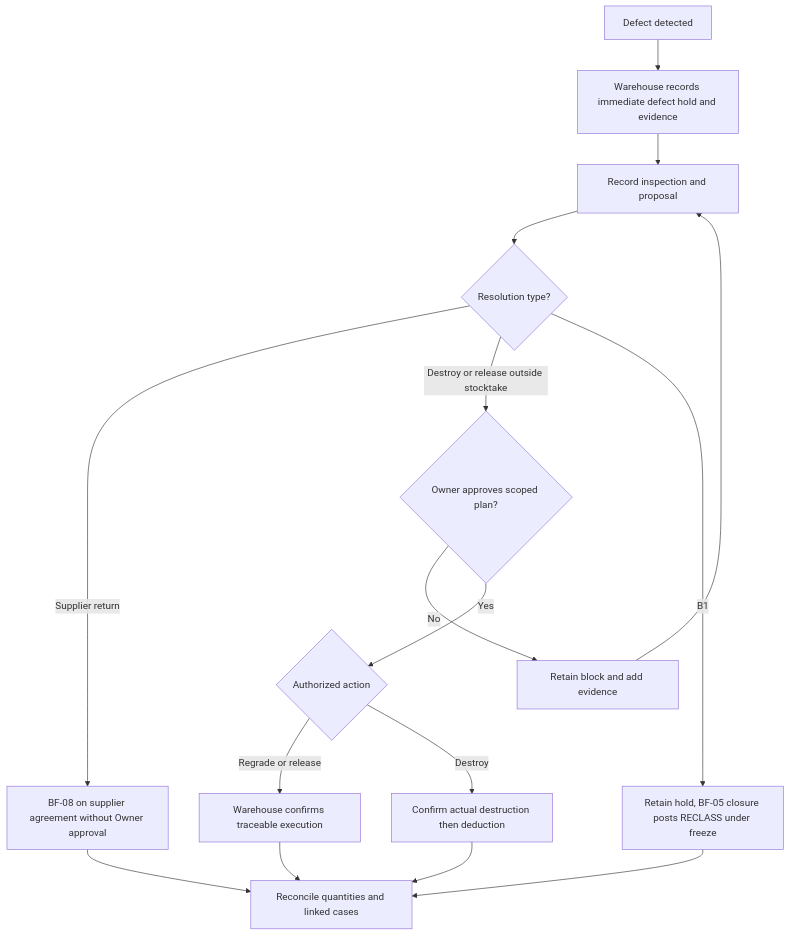
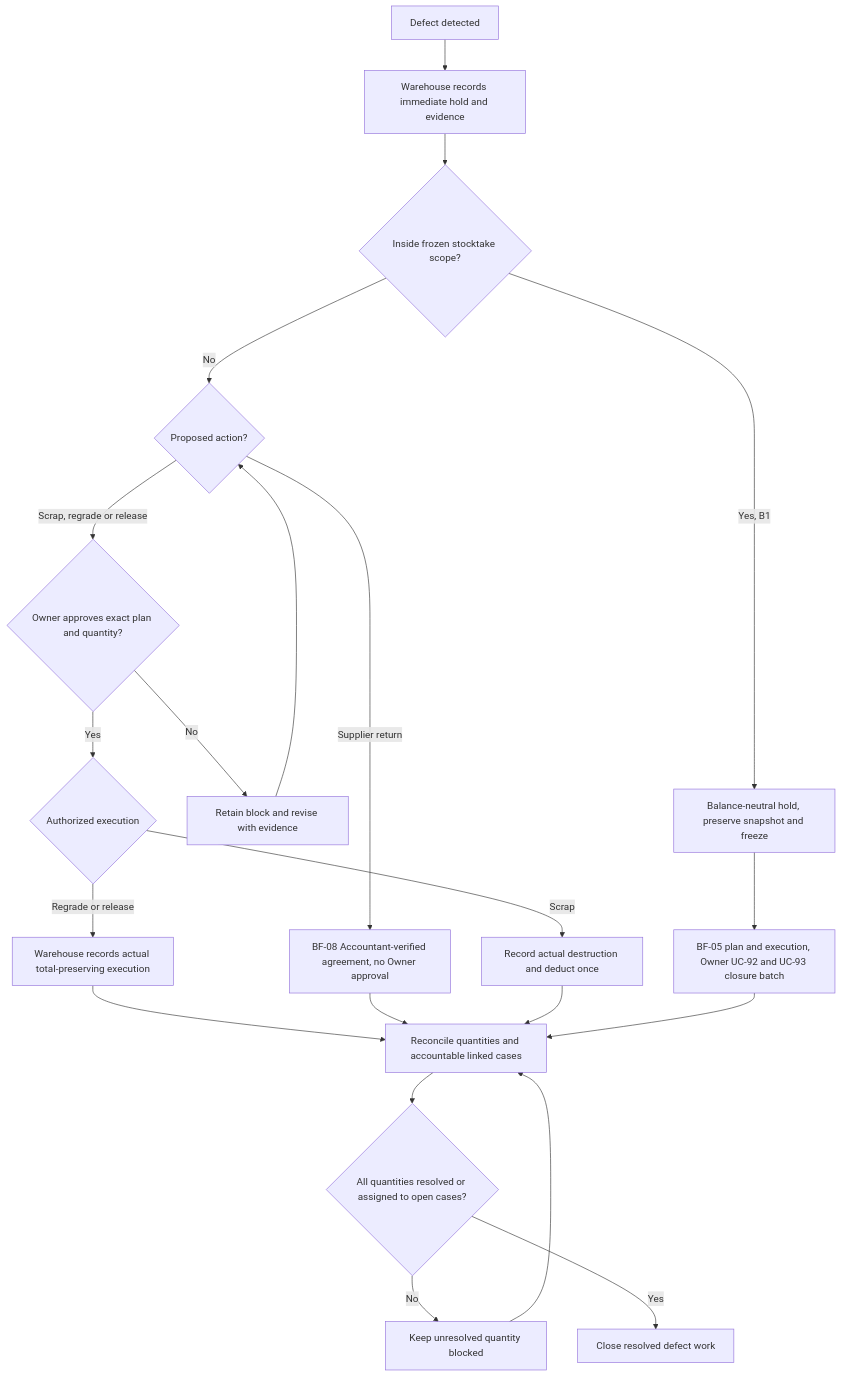
The third of 9 diagrams in docs/02_nghiep_vu/de_xuat_quy_trinh_2_EN.md (minhbach032003/docs_doan), drawn with Mermaid before and after one commit. The commit also changed other lines of this file and 25 other files, not shown here.

````diff
--- a/docs/02_nghiep_vu/de_xuat_quy_trinh_2_EN.md
+++ b/docs/02_nghiep_vu/de_xuat_quy_trinh_2_EN.md
@@ -689,18 +697,24 @@
 ```mermaid
+%% WMSD business baseline 3.1.0 - synchronized 2026-10-25
 flowchart TD
- A[Defect detected] --> B[Warehouse records immediate defect hold and evidence]
- B --> C[Record inspection and proposal]
- C --> X{Resolution type?}
- X -->|Supplier return| H[BF-08 on supplier agreement without Owner approval]
- X -->|Destroy or release outside stocktake| D{Owner approves scoped plan?}
- D -->|No| E[Retain block and add evidence]
- E --> C
- D -->|Yes| F{Authorized action}
- F -->|Regrade or release| G[Warehouse confirms traceable execution]
- F -->|Destroy| I[Confirm actual destruction then deduction]
- X -->|B1| K[Retain hold, BF-05 closure posts RECLASS under freeze]
- G --> J[Reconcile quantities and linked cases]
+ A[Defect detected] --> B[Warehouse records immediate hold and evidence]
+ B --> C{Inside frozen stocktake scope?}
+ C -->|Yes, B1| K[Balance-neutral hold, preserve snapshot and freeze]
+ K --> K2[BF-05 plan and execution, Owner UC-92 and UC-93 closure batch]
+ C -->|No| X{Proposed action?}
+ X -->|Supplier return| H[BF-08 Accountant-verified agreement, no Owner approval]
+ X -->|Scrap, regrade or release| D{Owner approves exact plan and quantity?}
+ D -->|No| E[Retain block and revise with evidence]
+ E --> X
+ D -->|Yes| F{Authorized execution}
+ F -->|Regrade or release| G[Warehouse records actual total-preserving execution]
+ F -->|Scrap| I[Record actual destruction and deduct once]
+ G --> J[Reconcile quantities and accountable linked cases]
  H --> J
  I --> J
- K --> J
+ K2 --> J
+ J --> R{All quantities resolved or assigned to open cases?}
+ R -->|No| W[Keep unresolved quantity blocked]
+ W --> J
+ R -->|Yes| Z[Close resolved defect work]
 ```
````
